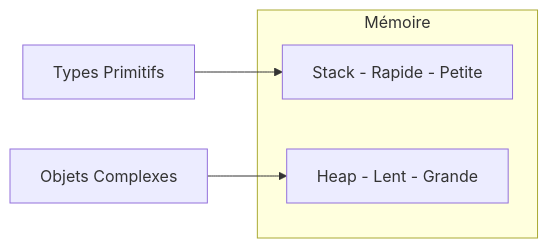
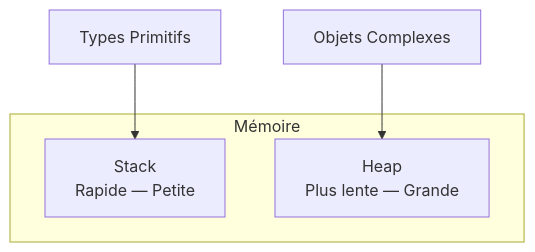
Before and after one commit to zyrass/omnydocs: the first of 2 diagrams in docs/bases/fondamentaux/types-primitifs.md, drawn with Mermaid. The commit also changed other lines of this file and 12 other files, not shown here.

````diff
--- a/docs/bases/fondamentaux/types-primitifs.md
+++ b/docs/bases/fondamentaux/types-primitifs.md
@@ -51,10 +64,10 @@
 ```mermaid
-graph LR
-    subgraph Mémoire
-        Stack["Stack - Rapide - Petite"]
-        Heap["Heap - Lent - Grande"]
-    end
-    
-    Primitifs["Types Primitifs"] --> Stack
-    Objets["Objets Complexes"] --> Heap
+flowchart TB
+  subgraph Mémoire
+    Stack["Stack<br />Rapide — Petite"]
+    Heap["Heap<br />Plus lente — Grande"]
+  end
+
+  Primitifs["Types Primitifs"] --> Stack
+  Objets["Objets Complexes"] --> Heap
 ```
````
